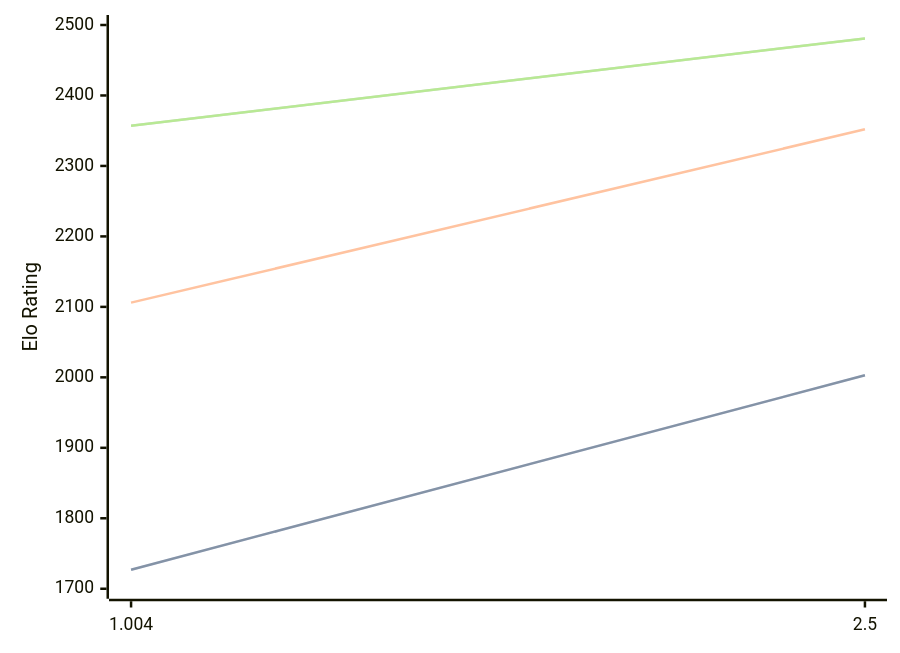
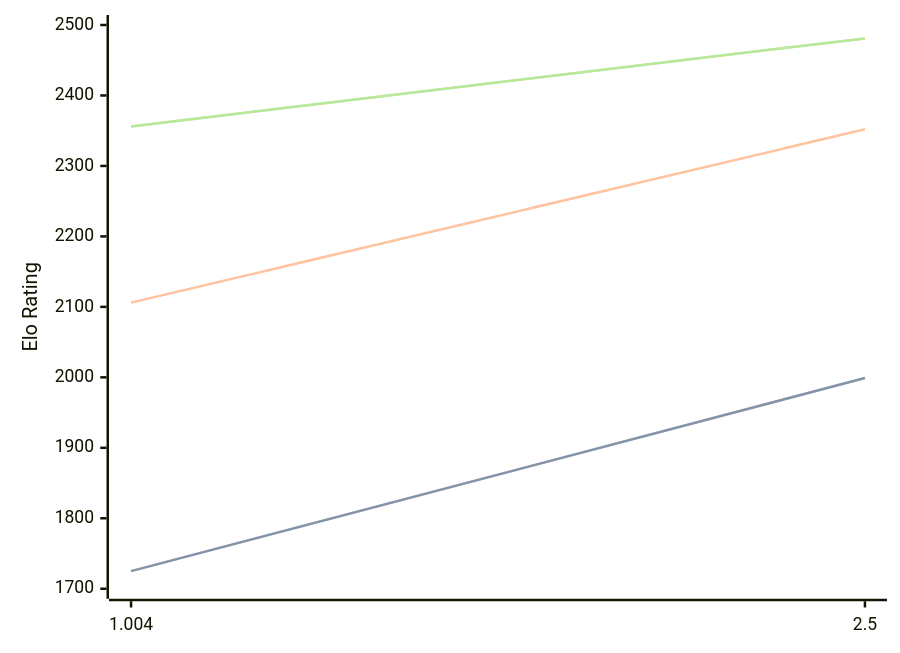
One commit to computer-chess-index/cci changed the diagram in engines/Ares.md. Above: the diagram before and after it, drawn with Mermaid. The commit also changed other lines of this file, not shown here.

Commit message:
Update CCI Ratings (ELO VLTC) - 2026-04-16

````diff
--- a/engines/Ares.md
+++ b/engines/Ares.md
@@ -32,11 +32,11 @@
 ```mermaid
 %%{init: {"theme":"base","themeVariables":{"seriesColors:['#a3a3a3','#222221','#faa371']}}}%%
 xychart-beta
   x-axis ["1.004", "2.5"]
   y-axis "Elo Rating" 1700 --> 2500
-  line "STC (8.0+0.08s)" [1727, 2003]
-  line "STC (8.0+0.08s)" [1727, 2003]
+  line "STC (8.0+0.08s)" [1725, 1999]
+  line "STC (8.0+0.08s)" [1725, 1999]
   line "LTC (60.0+0.60s)" [2106, 2352]
-  line "VLTC (2m24s+1.12s)" [2357, 2481]
-  line "VLTC (2m24s+1.12s)" [2357, 2481]
+  line "VLTC (2m24s+1.12s)" [2356, 2481]
+  line "VLTC (2m24s+1.12s)" [2356, 2481]
 ```
````
